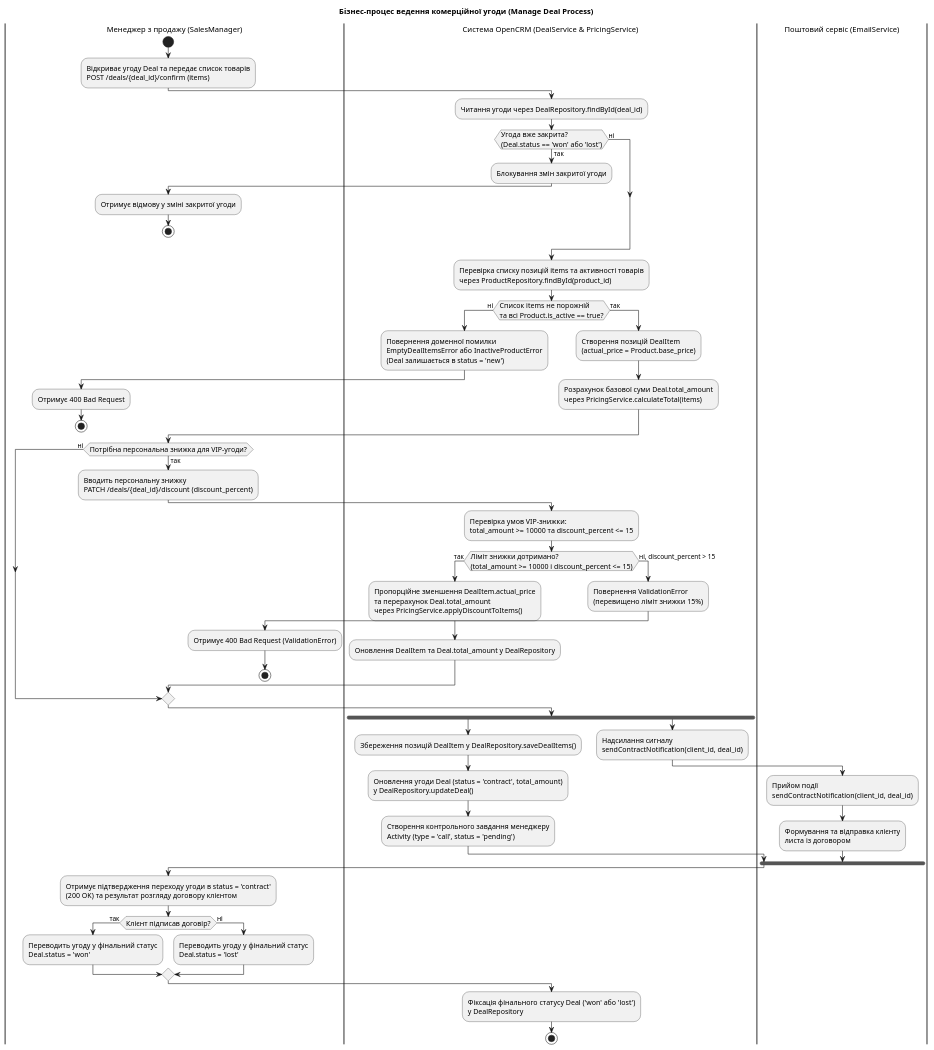
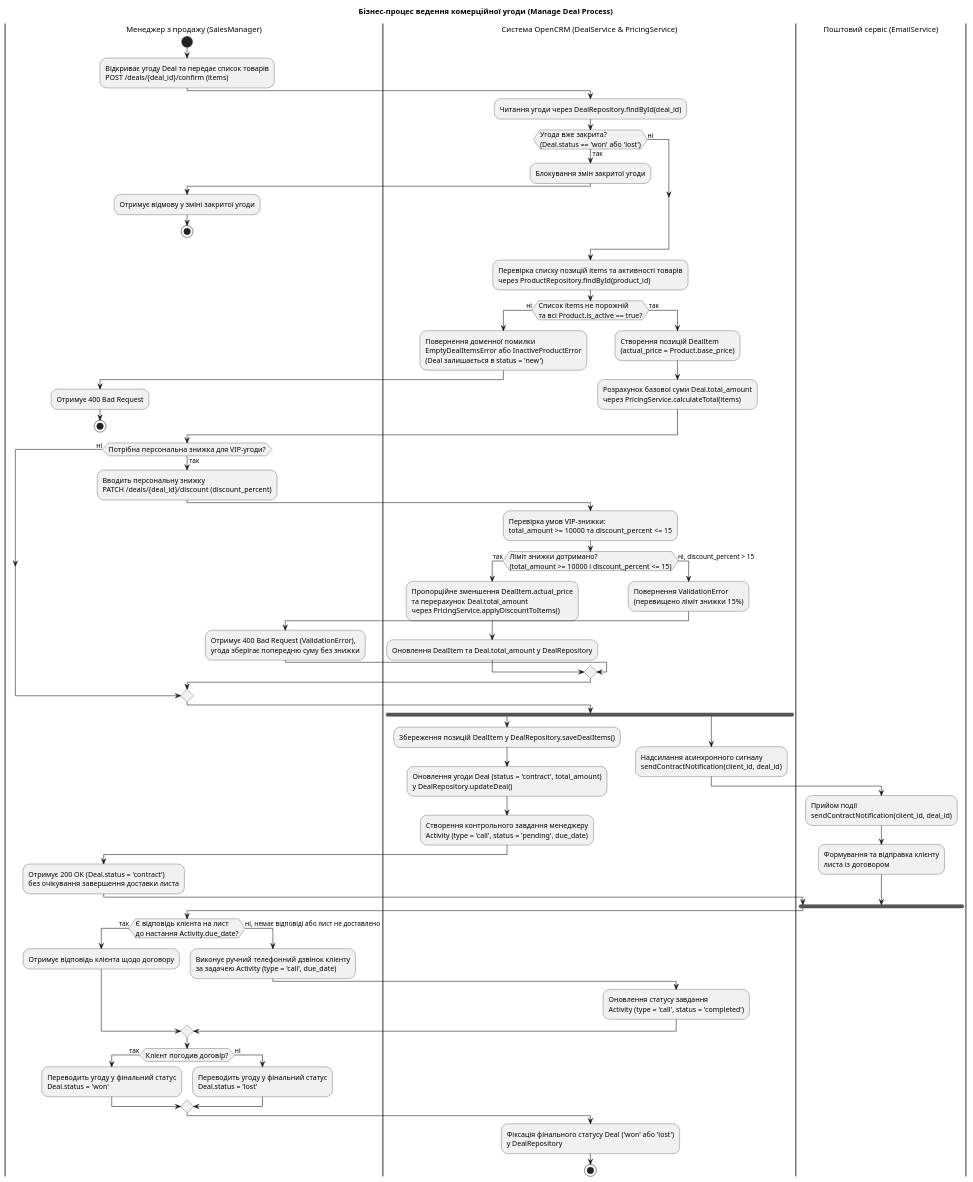
One commit to young3rrrr/KPI2 changed the diagram in lab4/model/deal-process.puml. Above: the diagram before and after it, drawn with PlantUML. The commit also changed 2 other files, not shown here.

Commit message:
agent commit: update Activity diagram with no-response call fallback and async email flow

```diff
--- a/lab4/model/deal-process.puml
+++ b/lab4/model/deal-process.puml
@@ -1,82 +1,91 @@
 @startuml
 title Бізнес-процес ведення комерційної угоди (Manage Deal Process)
 
 skinparam ActivityFontSize 13
 skinparam SwimlaneTitleFontSize 14
 skinparam ArrowFontSize 12
 skinparam ConditionStyle inside
 
 |Менеджер з продажу (SalesManager)|
 start
 :Відкриває угоду Deal та передає список товарів\nPOST /deals/{deal_id}/confirm (items);
 
 |Система OpenCRM (DealService & PricingService)|
 :Читання угоди через DealRepository.findById(deal_id);
 
 if (Угода вже закрита?\n(Deal.status == 'won' або 'lost')) then (так)
   :Блокування змін закритої угоди;
   |Менеджер з продажу (SalesManager)|
   :Отримує відмову у зміні закритої угоди;
   stop
 else (ні)
 endif
 
 |Система OpenCRM (DealService & PricingService)|
 :Перевірка списку позицій items та активності товарів\nчерез ProductRepository.findById(product_id);
 
 if (Список items не порожній\nта всі Product.is_active == true?) then (ні)
   :Повернення доменної помилки\nEmptyDealItemsError або InactiveProductError\n(Deal залишається в status = 'new');
   |Менеджер з продажу (SalesManager)|
   :Отримує 400 Bad Request;
   stop
 else (так)
   |Система OpenCRM (DealService & PricingService)|
   :Створення позицій DealItem\n(actual_price = Product.base_price);
   :Розрахунок базової суми Deal.total_amount\nчерез PricingService.calculateTotal(items);
 endif
 
 |Менеджер з продажу (SalesManager)|
 if (Потрібна персональна знижка для VIP-угоди?) then (так)
   :Вводить персональну знижку\nPATCH /deals/{deal_id}/discount (discount_percent);
   
   |Система OpenCRM (DealService & PricingService)|
   :Перевірка умов VIP-знижки:\ntotal_amount >= 10000 та discount_percent <= 15;
   
   if (Ліміт знижки дотримано?\n(total_amount >= 10000 і discount_percent <= 15)) then (так)
     :Пропорційне зменшення DealItem.actual_price\nта перерахунок Deal.total_amount\nчерез PricingService.applyDiscountToItems();
     :Оновлення DealItem та Deal.total_amount у DealRepository;
   else (ні, discount_percent > 15)
     :Повернення ValidationError\n(перевищено ліміт знижки 15%);
     |Менеджер з продажу (SalesManager)|
-    :Отримує 400 Bad Request (ValidationError);
-    stop
+    :Отримує 400 Bad Request (ValidationError),\nугода зберігає попередню суму без знижки;
   endif
 else (ні)
 endif
 
 |Система OpenCRM (DealService & PricingService)|
 fork
   :Збереження позицій DealItem у DealRepository.saveDealItems();
   :Оновлення угоди Deal (status = 'contract', total_amount)\nу DealRepository.updateDeal();
-  :Створення контрольного завдання менеджеру\nActivity (type = 'call', status = 'pending');
+  :Створення контрольного завдання менеджеру\nActivity (type = 'call', status = 'pending', due_date);
+  |Менеджер з продажу (SalesManager)|
+  :Отримує 200 OK (Deal.status = 'contract')\nбез очікування завершення доставки листа;
 fork again
-  :Надсилання сигналу\nsendContractNotification(client_id, deal_id); <<sendSignal>>
+  |Система OpenCRM (DealService & PricingService)|
+  :Надсилання асинхронного сигналу\nsendContractNotification(client_id, deal_id); <<sendSignal>>
   |Поштовий сервіс (EmailService)|
   :Прийом події\nsendContractNotification(client_id, deal_id); <<acceptEvent>>
   :Формування та відправка клієнту\nлиста із договором;
 end fork
 
 |Менеджер з продажу (SalesManager)|
-:Отримує підтвердження переходу угоди в status = 'contract'\n(200 OK) та результат розгляду договору клієнтом;
+if (Є відповідь клієнта на лист\nдо настання Activity.due_date?) then (так)
+  :Отримує відповідь клієнта щодо договору;
+else (ні, немає відповіді або лист не доставлено)
+  :Виконує ручний телефонний дзвінок клієнту\nза задачею Activity (type = 'call', due_date);
+  |Система OpenCRM (DealService & PricingService)|
+  :Оновлення статусу завдання\nActivity (type = 'call', status = 'completed');
+endif
 
-if (Клієнт підписав договір?) then (так)
+|Менеджер з продажу (SalesManager)|
+if (Клієнт погодив договір?) then (так)
   :Переводить угоду у фінальний статус\nDeal.status = 'won';
 else (ні)
   :Переводить угоду у фінальний статус\nDeal.status = 'lost';
 endif
 
 |Система OpenCRM (DealService & PricingService)|
 :Фіксація фінального статусу Deal ('won' або 'lost')\nу DealRepository;
 
 stop
 @enduml
```
